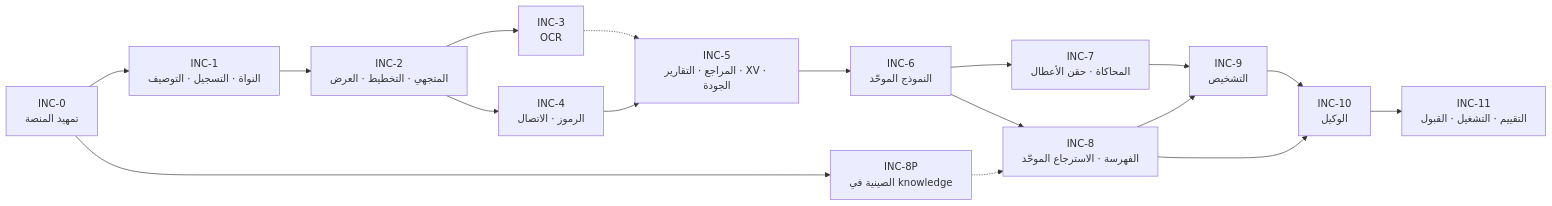
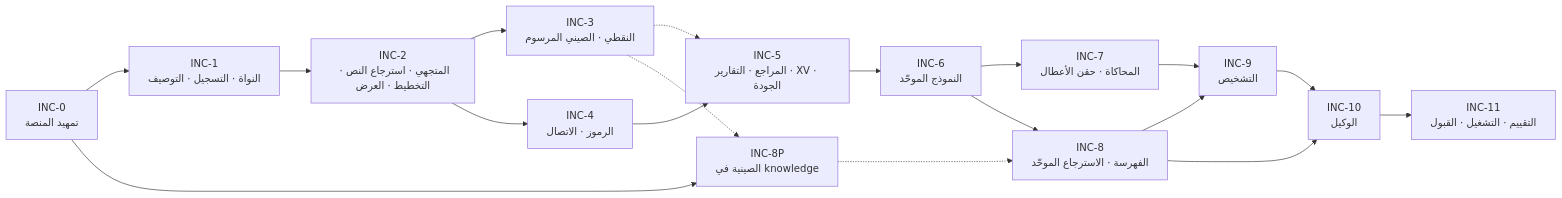
The tenth of 10 diagrams in docs/delivery/electrical-drawings/docs/hld.md (anastawahia/aizzak), drawn with Mermaid before and after one commit. The commit also changed other lines of this file and 3 other files, not shown here.

````diff
--- a/docs/delivery/electrical-drawings/docs/hld.md
+++ b/docs/delivery/electrical-drawings/docs/hld.md
@@ -1725,19 +1730,20 @@
 ```mermaid
 graph LR
     I0["INC‑0<br/>تمهيد المنصة"] --> I1["INC‑1<br/>النواة · التسجيل · التوصيف"]
-    I1 --> I2["INC‑2<br/>المتجهي · التخطيط · العرض"]
-    I2 --> I3["INC‑3<br/>OCR"]
+    I1 --> I2["INC‑2<br/>المتجهي · استرجاع النص · التخطيط · العرض"]
+    I2 --> I3["INC‑3<br/>النقطي · الصيني المرسوم"]
     I2 --> I4["INC‑4<br/>الرموز · الاتصال"]
     I4 --> I5["INC‑5<br/>المراجع · التقارير · XV · الجودة"]
     I3 -.-> I5
     I5 --> I6["INC‑6<br/>النموذج الموحّد"]
     I6 --> I7["INC‑7<br/>المحاكاة · حقن الأعطال"]
     I6 --> I8["INC‑8<br/>الفهرسة · الاسترجاع الموحّد"]
     I0 --> I8P["INC‑8P<br/>الصينية في knowledge"]
+    I3 -.-> I8P
     I8P -.-> I8
     I7 --> I9["INC‑9<br/>التشخيص"]
     I8 --> I9
     I8 --> I10["INC‑10<br/>الوكيل"]
     I9 --> I10
     I10 --> I11["INC‑11<br/>التقييم · التشغيل · القبول"]
 ```
````
